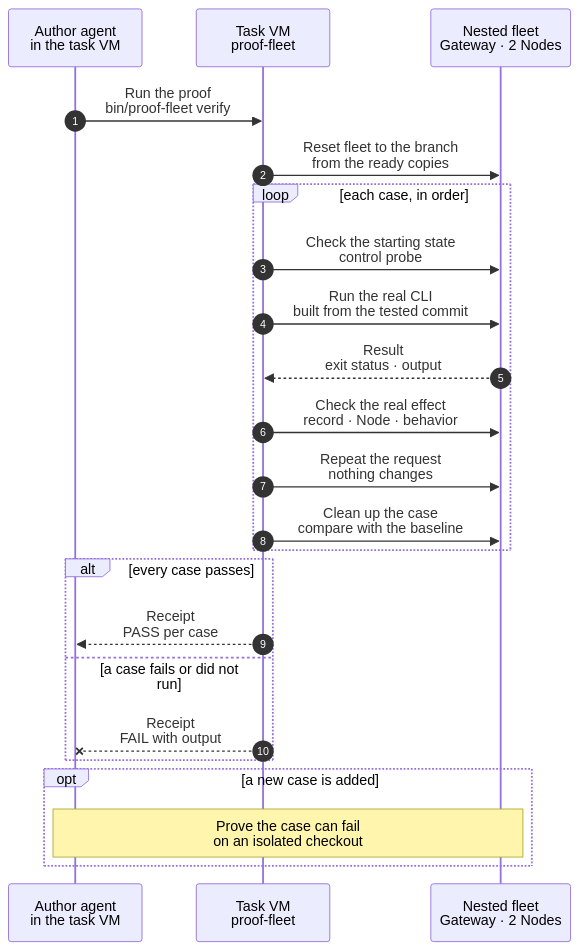
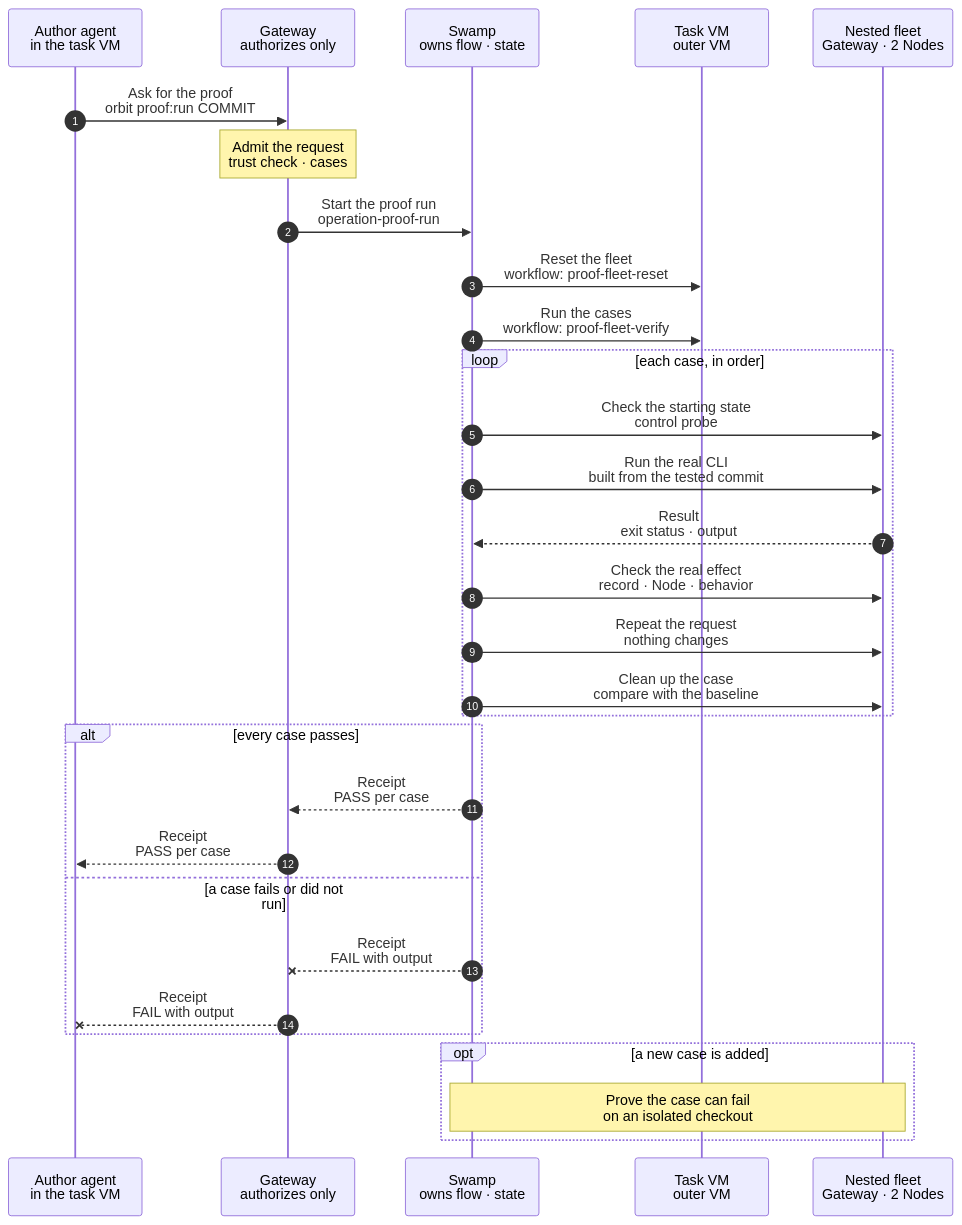
One commit to hardimpactdev/orbit changed the diagram in docs/reference/pipeline/3-proof.mmd. Above: the diagram before and after it, drawn with Mermaid. The commit also changed 19 other files, not shown here.

First line of the commit message:
docs: merge fast CI and VM CI into one CI stage; rename proof environment

```diff
--- a/docs/reference/pipeline/3-proof.mmd
+++ b/docs/reference/pipeline/3-proof.mmd
@@ -1,63 +1,87 @@
 sequenceDiagram
-  %% Target design: stage 3 of the command development pipeline (verifying-commands skill). The author runs the command's cases on the nested fleet of the proof environment, before pushing. The same runner and assertions run in CI (stage 5).
+  %% Target design: stage 3 of the command development pipeline (verifying-commands skill). The author runs the command's cases on the nested fleet of the development environment, before pushing. Orbit's own Swamp runs the reset and verify workflows (workflow-proof-fleet-reset, -ready, -verify) and reaches into the task VM over SSH, like every other step. The Gateway only admits the request and mints tokens. The same cases and assertions run in CI (stage 4).
   %% status: draft
   %% command: development pipeline stage 3 · proof
   %% kind: pipeline.3-proof
   autonumber
   %% lane AG icon=terminal pill=caller tone=gray
-  %% lane VM icon=server pill=operator tone=purple
+  %% lane GW icon=gateway pill=intent tone=blue
+  %% lane SW icon=workflow pill=executes tone=green
+  %% lane VM icon=server pill=target tone=purple
   %% lane NT icon=server pill=fleet tone=amber
   participant AG as Author agent<br/>in the task VM
-  participant VM as Task VM<br/>proof-fleet
+  participant GW as Gateway<br/>authorizes only
+  participant SW as Swamp<br/>owns flow · state
+  participant VM as Task VM<br/>outer VM
   participant NT as Nested fleet<br/>Gateway · 2 Nodes
-  AG->>VM: Run the proof<br/>bin/proof-fleet verify
+  AG->>GW: Ask for the proof<br/>orbit proof:run COMMIT
   %%> Command:
-  %%> - `bin/proof-fleet verify` for one command's cases
+  %%> - `orbit proof:run COMMIT` for the command's cases
   %%> Built or not:
   %%> - built, with one case so far: the `firewall:allow` traffic case; every other command's cases are not built
-  VM->>NT: Reset fleet to the branch<br/>from the ready copies
+  %%> Not built:
+  %%> - the request from a branch that is not pushed yet; `proof:run` takes only a commit on a branch of the repository today
+  Note over GW: Admit the request<br/>trust check · cases
   %%> What it does:
+  %%> - checks the commit and selects the cases, as in the chart of `proof:run`
+  %%> - records the operation for the CLI and web, and mints the tokens the run needs
+  %%> Why:
+  %%> - the Gateway only authorizes; Swamp owns the flow and its state
+  GW->>SW: Start the proof run<br/>operation-proof-run
+  %%> Not built:
+  %%> - Orbit's own Swamp running the reset and verify workflows directly; today `bin/proof-fleet` starts a local Swamp inside the task VM
+  SW->>VM: Reset the fleet<br/>workflow: proof-fleet-reset
+  %%> What it does:
+  %%> - Swamp reaches into the task VM over SSH, like every other step; there is no `bin/proof-fleet` and no controller Swamp in the VM
   %%> - starts each independent run on a fresh nested fleet (stage 2), with the branch's code applied
   %%> - falls back to a full build when no ready copy is usable
+  %%> - pushes the proof Swamp Club key from its vault into the nested Gateway, which runs its own Swamp as part of the Orbit under test
+  %%> Why:
+  %%> - the key is copied in at boot and never baked into an image; it is never stored on the outer task VM
+  SW->>VM: Run the cases<br/>workflow: proof-fleet-verify
+  %%> What it does:
+  %%> - the verify workflow runs each selected case against the nested fleet through the task VM, over SSH
   loop each case, in order
-    VM->>NT: Check the starting state<br/>control probe
+    SW->>NT: Check the starting state<br/>control probe
     %%> What it does:
     %%> - confirms the test setup works before the command runs, for example a healthy listener and a port that is blocked
     %%> Why:
     %%> - a broad unmanaged allowance must not let a case pass without the rule under test
-    VM->>NT: Run the real CLI<br/>built from the tested commit
+    SW->>NT: Run the real CLI<br/>built from the tested commit
     %%> What it does:
     %%> - calls the command through its real interface: required arguments only, each flag, each error path
-    NT-->>VM: Result<br/>exit status · output
+    NT-->>SW: Result<br/>exit status · output
     %%> Result:
     %%> - the public result in human and JSON output
-    VM->>NT: Check the real effect<br/>record · Node · behavior
+    SW->>NT: Check the real effect<br/>record · Node · behavior
     %%> What it checks:
     %%> - the Gateway record, the observed Node state, and the promised effect, such as traffic that passes or stays blocked
     %%> - Doctor reports no drift for the records the case touched
     %%> - what must stay unchanged, including unmanaged resources
-    VM->>NT: Repeat the request<br/>nothing changes
+    SW->>NT: Repeat the request<br/>nothing changes
     %%> What it checks:
     %%> - a repeat adds no managed resource and changes no configuration; a documented skip returns its reason code
-    VM->>NT: Clean up the case<br/>compare with the baseline
+    SW->>NT: Clean up the case<br/>compare with the baseline
     %%> What it does:
     %%> - scoped cleanup, then compares the case's own database and firewall state with its start
     %%> - residue fails the case; an infrastructure failure is reported apart and never counts as a pass
   end
   alt every case passes
-    VM-->>AG: Receipt<br/>PASS per case
+    SW-->>GW: Receipt<br/>PASS per case
+    GW-->>AG: Receipt<br/>PASS per case
     %%> Result:
-    %%> - one verdict per case with observations, Doctor findings and timings; the author may push (stage 4)
+    %%> - one verdict per case with observations, Doctor findings and timings; the Gateway records it once; the author may push (stage 4)
   else a case fails or did not run
-    VM--xAG: Receipt<br/>FAIL with output
+    SW--xGW: Receipt<br/>FAIL with output
+    GW--xAG: Receipt<br/>FAIL with output
     %%> Result:
     %%> - the failed case with its output, without secrets; the author fixes and runs again
   end
   opt a new case is added
-    Note over AG,NT: Prove the case can fail<br/>on an isolated checkout
+    Note over SW,NT: Prove the case can fail<br/>on an isolated checkout
     %%> What it does:
     %%> - removes the mutation on an isolated checkout and confirms the functional assertion fails
     %%> - never mutates a live installation
     %%> Not built:
-    %%> - exercising the CI gate with a known failing case (stage 5)
+    %%> - exercising the CI gate with a known failing case (stage 4)
   end
```
